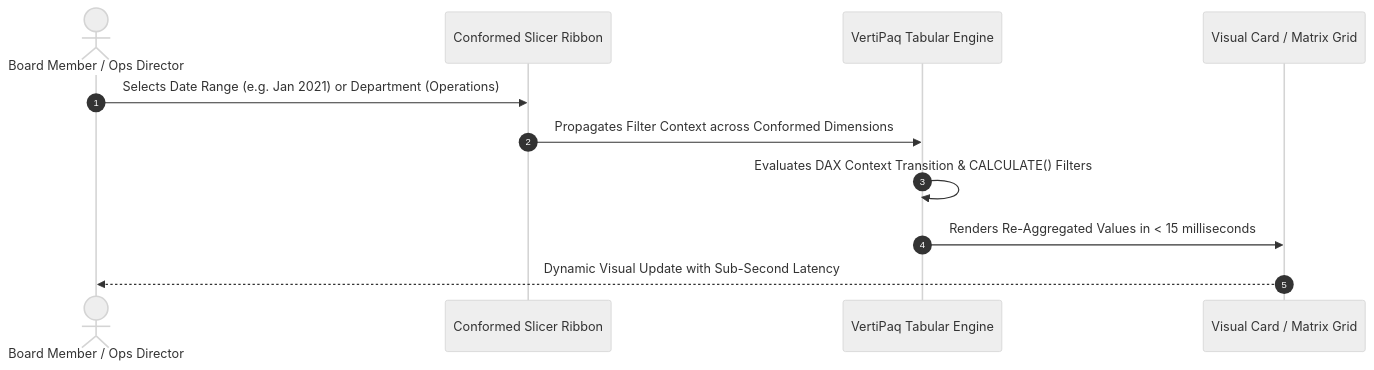
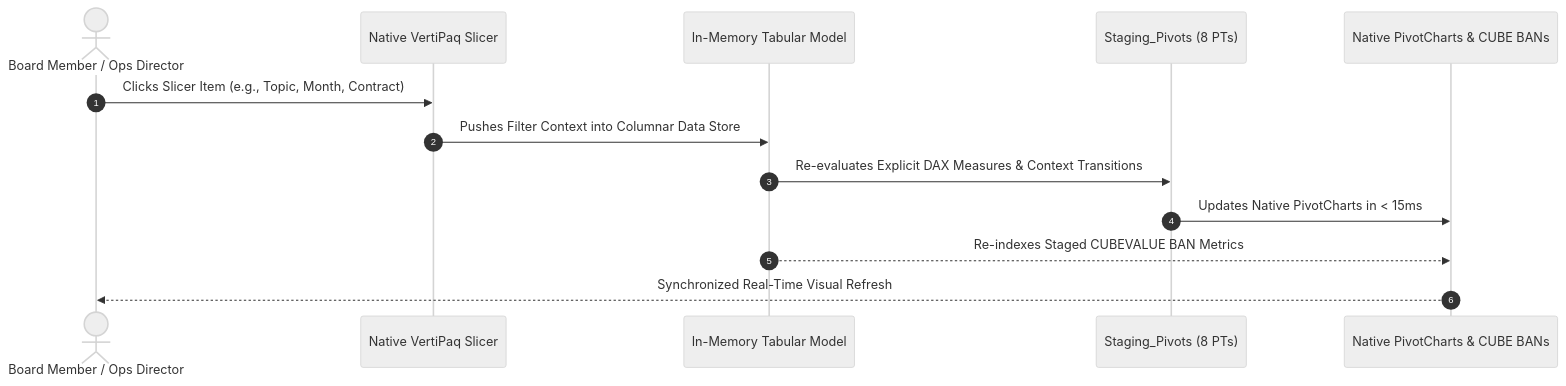
Before and after one commit to Sohila-Khaled-Abbas/pwc-switzerland-virtual-case: the third of 3 diagrams in dashboards/README.md, drawn with Mermaid (neutral theme). The commit also changed other lines of this file and 7 other files, not shown here.

````diff
--- a/dashboards/README.md
+++ b/dashboards/README.md
@@ -63,14 +70,16 @@
 ```mermaid
 sequenceDiagram
     autonumber
     actor Executive as Board Member / Ops Director
-    participant Ribbon as Conformed Slicer Ribbon
-    participant VertiPaq as VertiPaq Tabular Engine
-    participant Visuals as Visual Card / Matrix Grid
+    participant Slicer as Native VertiPaq Slicer
+    participant VertiPaq as In-Memory Tabular Model
+    participant Staging as Staging_Pivots (8 PTs)
+    participant Visuals as Native PivotCharts & CUBE BANs
 
-    Executive->>Ribbon: Selects Date Range (e.g. Jan 2021) or Department (Operations)
-    Ribbon->>VertiPaq: Propagates Filter Context across Conformed Dimensions
-    VertiPaq->>VertiPaq: Evaluates DAX Context Transition & CALCULATE() Filters
-    VertiPaq->>Visuals: Renders Re-Aggregated Values in < 15 milliseconds
-    Visuals-->>Executive: Dynamic Visual Update with Sub-Second Latency
+    Executive->>Slicer: Clicks Slicer Item (e.g., Topic, Month, Contract)
+    Slicer->>VertiPaq: Pushes Filter Context into Columnar Data Store
+    VertiPaq->>Staging: Re-evaluates Explicit DAX Measures & Context Transitions
+    Staging->>Visuals: Updates Native PivotCharts in < 15ms
+    VertiPaq-->>Visuals: Re-indexes Staged CUBEVALUE BAN Metrics
+    Visuals-->>Executive: Synchronized Real-Time Visual Refresh
 ```
````
